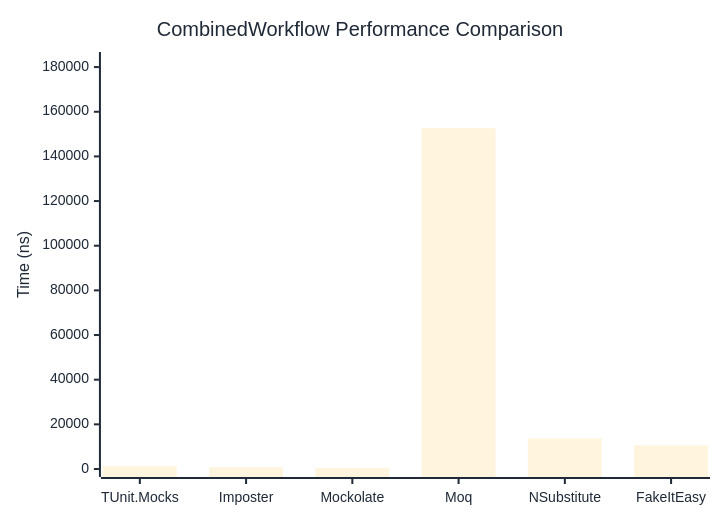
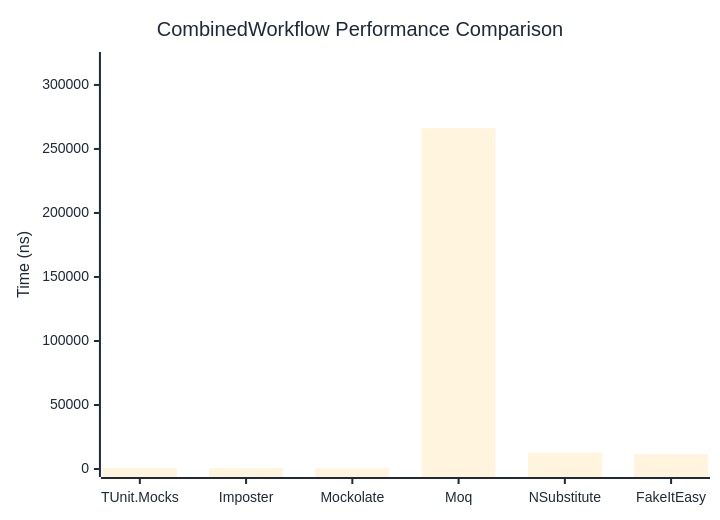
Before and after one commit to thomhurst/TUnit: the diagram in docs/docs/benchmarks/mocks/CombinedWorkflow.md, drawn with Mermaid. The commit also changed other lines of this file and 14 other files, not shown here.

````diff
--- a/docs/docs/benchmarks/mocks/CombinedWorkflow.md
+++ b/docs/docs/benchmarks/mocks/CombinedWorkflow.md
@@ -30,27 +30,27 @@
 ```mermaid
 %%{init: {
   'theme':'base',
   'themeVariables': {
     'primaryColor': '#2563eb',
     'primaryTextColor': '#1f2937',
     'primaryBorderColor': '#1e40af',
     'lineColor': '#6b7280',
     'secondaryColor': '#7c3aed',
     'tertiaryColor': '#dc2626',
     'background': '#ffffff',
     'pie1': '#2563eb',
     'pie2': '#7c3aed',
     'pie3': '#dc2626',
     'pie4': '#f59e0b',
     'pie5': '#10b981',
     'pie6': '#06b6d4',
     'pie7': '#ec4899',
     'pie8': '#6366f1'
   }
 }}%%
 xychart-beta
   title "CombinedWorkflow Performance Comparison"
   x-axis ["TUnit.Mocks", "Imposter", "Mockolate", "Moq", "NSubstitute", "FakeItEasy"]
-  y-axis "Time (ns)" 0 --> 183179
-  bar [1274.3, 772.1, 545.9, 152648.7, 13681.6, 10588.8]
+  y-axis "Time (ns)" 0 --> 319481
+  bar [942, 696.8, 491.6, 266234.1, 12753.1, 11632.5]
 ```
````
